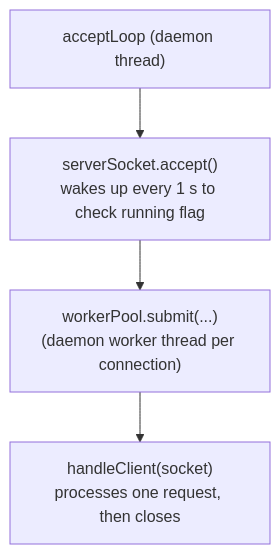
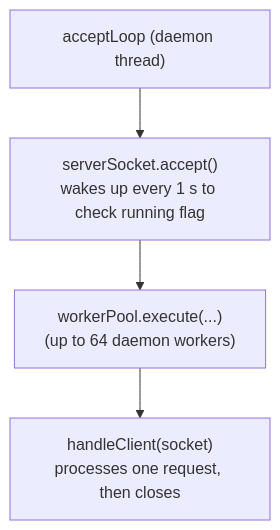
Before and after one commit to opaopa6969/syslenz4j: the second of 3 diagrams in docs/architecture.md, drawn with Mermaid. The commit also changed other lines of this file and 4 other files, not shown here.

````diff
--- a/docs/architecture.md
+++ b/docs/architecture.md
@@ -109,8 +109,8 @@
 ```mermaid
 flowchart TB
     AL["acceptLoop (daemon thread)"]
     Accept["serverSocket.accept()<br/>wakes up every 1 s to check running flag"]
-    Submit["workerPool.submit(...)<br/>(daemon worker thread per connection)"]
+    Submit["workerPool.execute(...)<br/>(up to 64 daemon workers)"]
     Handle["handleClient(socket)<br/>processes one request, then closes"]
     AL --> Accept --> Submit --> Handle
 ```
````
